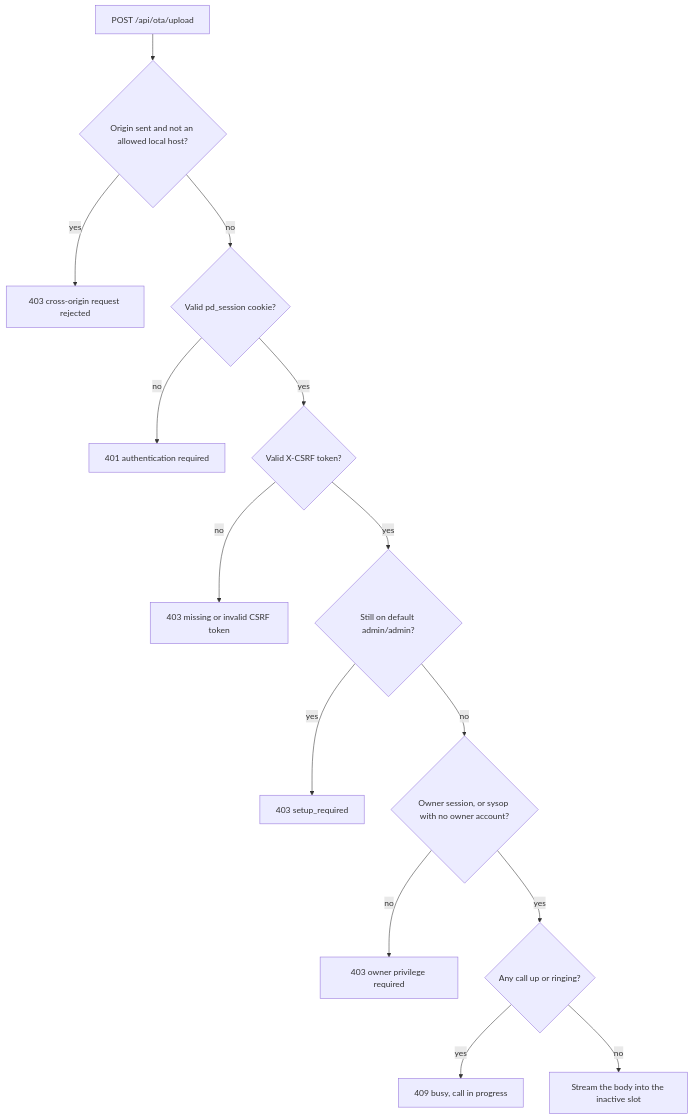
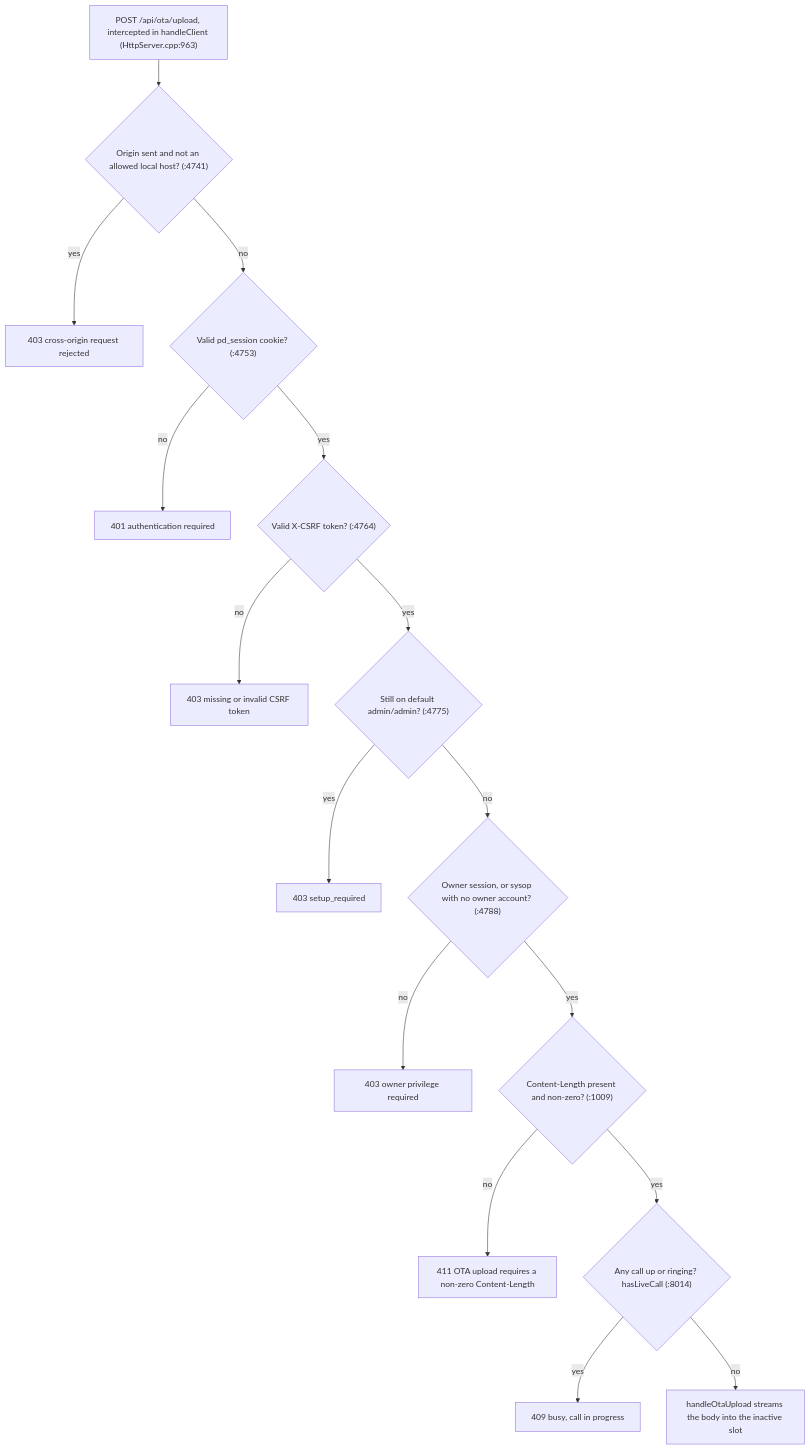
The first of 3 diagrams in docs/OTA.md (GlomarGadaffi/pocket-dial), drawn with Mermaid before and after one commit. The commit also changed other lines of this file and 29 other files, not shown here.

First line of the commit message:
docs: make the Mermaid diagrams exact against main (#1105)

````diff
--- a/docs/OTA.md
+++ b/docs/OTA.md
@@ -204,16 +204,18 @@
 ```mermaid
 flowchart TD
-    A["POST /api/ota/upload"] --> B{"Origin sent and not an allowed local host?"}
+    A["POST /api/ota/upload, intercepted in handleClient (HttpServer.cpp:963)"] --> B{"Origin sent and not an allowed local host? (:4741)"}
     B -->|yes| R1["403 cross-origin request rejected"]
-    B -->|no| C{"Valid pd_session cookie?"}
+    B -->|no| C{"Valid pd_session cookie? (:4753)"}
     C -->|no| R2["401 authentication required"]
-    C -->|yes| D{"Valid X-CSRF token?"}
+    C -->|yes| D{"Valid X-CSRF token? (:4764)"}
     D -->|no| R3["403 missing or invalid CSRF token"]
-    D -->|yes| E{"Still on default admin/admin?"}
+    D -->|yes| E{"Still on default admin/admin? (:4775)"}
     E -->|yes| R4["403 setup_required"]
-    E -->|no| F{"Owner session, or sysop with no owner account?"}
+    E -->|no| F{"Owner session, or sysop with no owner account? (:4788)"}
     F -->|no| R5["403 owner privilege required"]
-    F -->|yes| H{"Any call up or ringing?"}
+    F -->|yes| L{"Content-Length present and non-zero? (:1009)"}
+    L -->|no| R7["411 OTA upload requires a non-zero Content-Length"]
+    L -->|yes| H{"Any call up or ringing? hasLiveCall (:8014)"}
     H -->|yes| R6["409 busy, call in progress"]
-    H -->|no| G["Stream the body into the inactive slot"]
+    H -->|no| G["handleOtaUpload streams the body into the inactive slot"]
 ```
````
